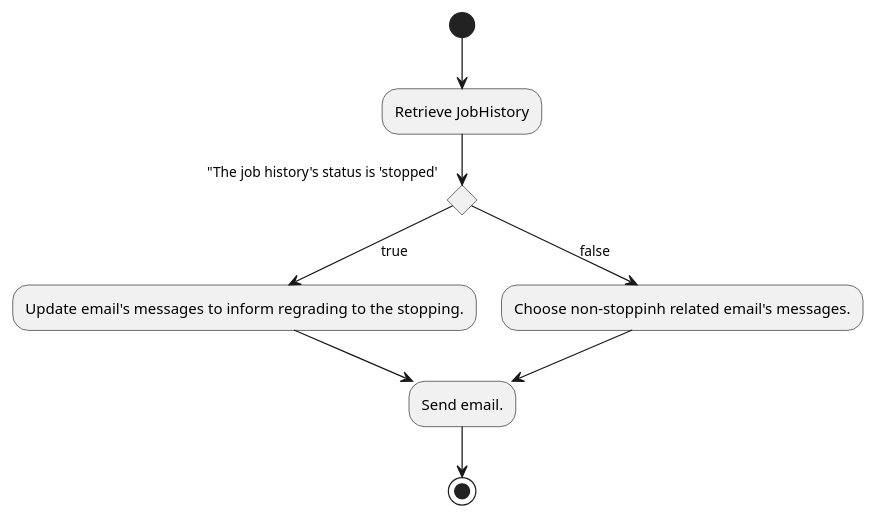
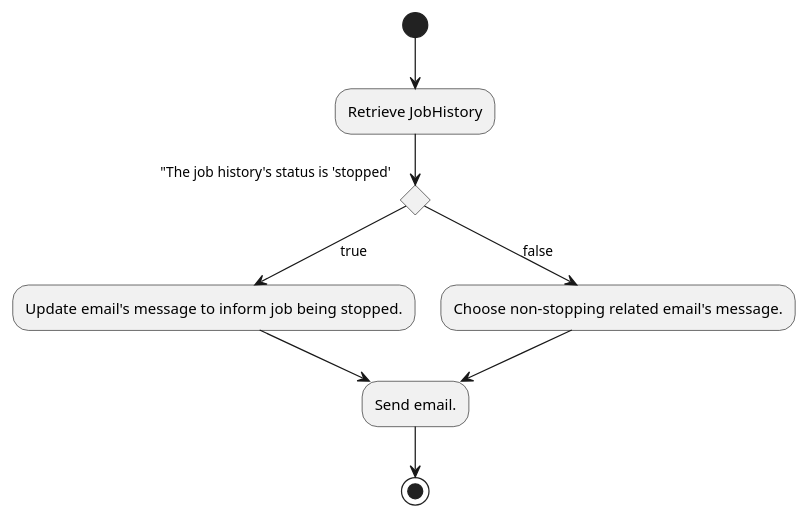
The diagram in documentation/Stop/BatchEmail.pu (relativityone/server-integrationpoints-integrationpoints), drawn with PlantUML before and after one commit. The commit also changed 4 other files, not shown here.

Commit message:
Updated Stop diagrams' grammar and wording.

```diff
--- a/documentation/Stop/BatchEmail.pu
+++ b/documentation/Stop/BatchEmail.pu
@@ -1,11 +1,11 @@
 
 (*) --> "Retrieve JobHistory"
 if "The job history's status is 'stopped' then
-	--> [true] "Update email's messages to inform regrading to the stopping."
+	--> [true] "Update email's message to inform job being stopped."
     --> "Send email."
 else
-	--> [false] "Choose non-stoppinh related email's messages."
+	--> [false] "Choose non-stopping related email's message."
 endif
 --> "Send email."
 --> (*)
 @enduml
```
